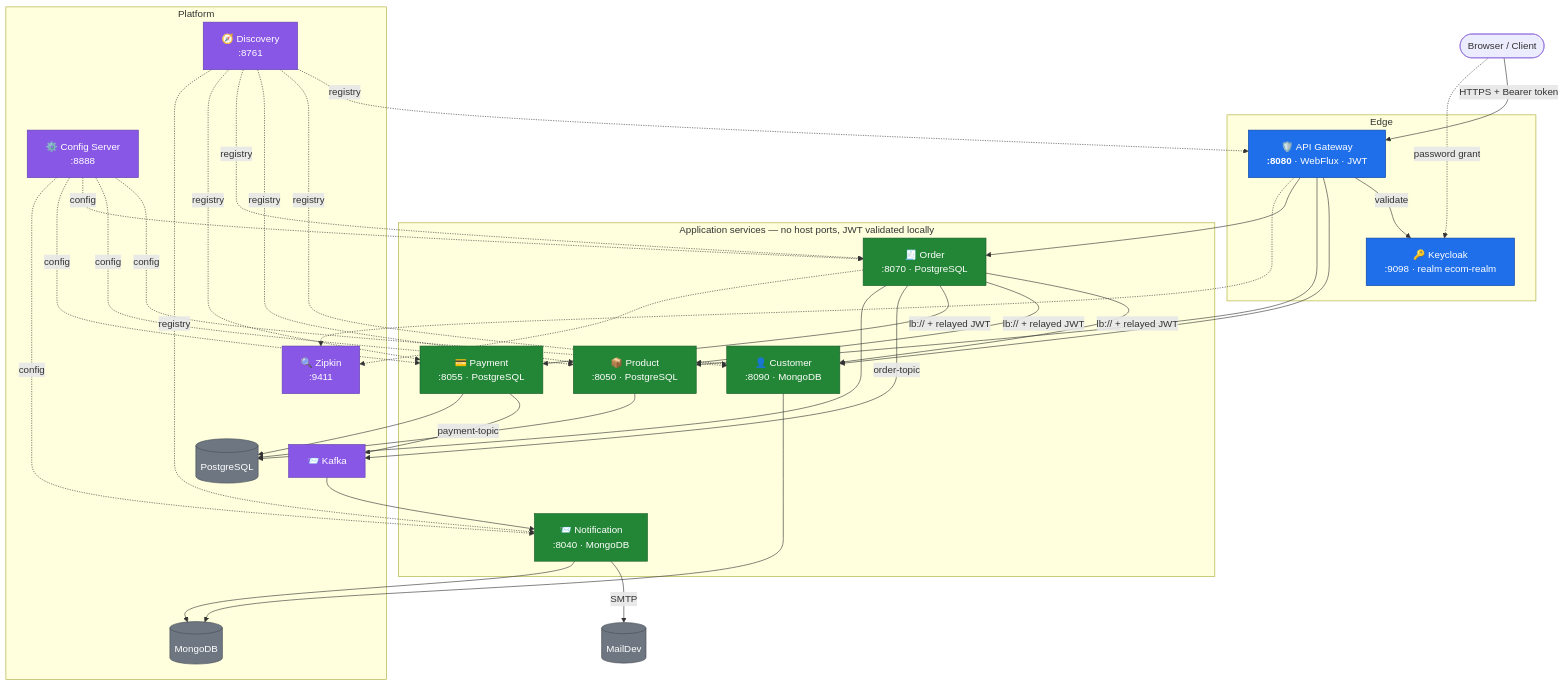
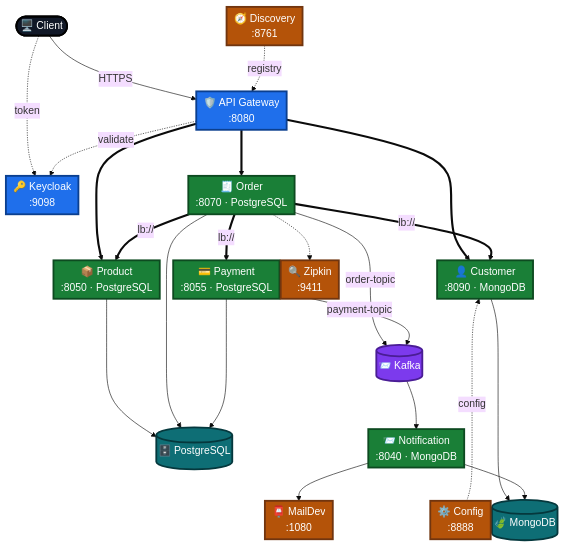
One commit to BOUALI-YOUNES/Ecommerce-microservices changed the first of 4 diagrams in README.md. Above: the diagram before and after it, drawn with Mermaid. The commit also changed other lines of this file, not shown here.

````diff
--- a/README.md
+++ b/README.md
@@ -39,63 +39,59 @@
 ```mermaid
+%%{init: {"theme":"base","themeVariables":{"fontSize":"17px"},"flowchart":{"nodeSpacing":2,"rankSpacing":50,"padding":6,"curve":"basis"}}}%%
 graph TB
-    Client([Browser / Client])
+    CLIENT(["🖥️  Client"])
 
-    subgraph edge["Edge"]
-        GW["🛡️ API Gateway<br/><b>:8080</b> · WebFlux · JWT"]
-        KC["🔑 Keycloak<br/>:9098 · realm ecom-realm"]
-    end
+    GW["🛡️  API Gateway<br/>:8080"]
+    KC["🔑  Keycloak<br/>:9098"]
 
-    subgraph app["Application services — no host ports, JWT validated locally"]
-        CU["👤 Customer<br/>:8090 · MongoDB"]
-        PR["📦 Product<br/>:8050 · PostgreSQL"]
-        OR["🧾 Order<br/>:8070 · PostgreSQL"]
-        PAY["💳 Payment<br/>:8055 · PostgreSQL"]
-        NT["📨 Notification<br/>:8040 · MongoDB"]
-    end
+    CU["👤  Customer<br/>:8090 · MongoDB"]
+    PR["📦  Product<br/>:8050 · PostgreSQL"]
+    OR["🧾  Order<br/>:8070 · PostgreSQL"]
+    PAY["💳  Payment<br/>:8055 · PostgreSQL"]
+    NT["📨  Notification<br/>:8040 · MongoDB"]
 
-    subgraph infra["Platform"]
-        CFG["⚙️ Config Server<br/>:8888"]
-        EU["🧭 Discovery<br/>:8761"]
-        KFK["📨 Kafka"]
-        ZK[("PostgreSQL")]
-        MGO[("MongoDB")]
-        ZP["🔍 Zipkin<br/>:9411"]
-    end
+    KFK[("📨  Kafka")]
 
-    Client -->|"HTTPS + Bearer token"| GW
-    Client -.->|"password grant"| KC
-    GW -->|"validate"| KC
+    PG[("🗄️  PostgreSQL")]
+    MG[("🍃  MongoDB")]
 
-    GW --> CU
-    GW --> PR
-    GW --> OR
+    CFG["⚙️  Config<br/>:8888"]
+    EU["🧭  Discovery<br/>:8761"]
+    ZP["🔍  Zipkin<br/>:9411"]
+    MD["📮  MailDev<br/>:1080"]
 
-    OR -->|"lb:// + relayed JWT"| CU
-    OR -->|"lb:// + relayed JWT"| PR
-    OR -->|"lb:// + relayed JWT"| PAY
+    CLIENT -->|HTTPS| GW
+    CLIENT -.->|token| KC
+    GW -.->|validate| KC
 
-    OR -->|"order-topic"| KFK
-    PAY -->|"payment-topic"| KFK
+    GW ==> CU & PR & OR
+    OR ==>|lb://| CU & PR & PAY
+
+    OR -->|order-topic| KFK
+    PAY -->|payment-topic| KFK
     KFK --> NT
-    NT -->|"SMTP"| MD[("MailDev")]
 
-    CU --> MGO
-    NT --> MGO
-    PR --> ZK
-    OR --> ZK
-    PAY --> ZK
+    CU --> MG
+    NT --> MG
+    NT --> MD
+    PR & OR & PAY --> PG
 
-    CFG -.->|"config"| CU & PR & OR & PAY & NT
-    EU -.->|"registry"| GW & CU & PR & OR & PAY & NT
-    GW -.-> ZP
+    CFG -.->|config| CU
+    EU -.->|registry| GW
     OR -.-> ZP
 
-    classDef edge fill:#1f6feb,stroke:#0d419d,color:#fff
-    classDef app fill:#238636,stroke:#1a5e2a,color:#fff
-    classDef infra fill:#8957e5,stroke:#5f3fb0,color:#fff
-    classDef store fill:#6e7681,stroke:#484f58,color:#fff
+    classDef cli fill:#111827,stroke:#000000,color:#ffffff,stroke-width:3px
+    classDef edge fill:#1f6feb,stroke:#0b3f8f,color:#ffffff,stroke-width:3px
+    classDef app fill:#1a7f37,stroke:#0d4a20,color:#ffffff,stroke-width:3px
+    classDef bus fill:#7c3aed,stroke:#4a1d95,color:#ffffff,stroke-width:3px
+    classDef data fill:#0e6e75,stroke:#05383d,color:#ffffff,stroke-width:3px
+    classDef plat fill:#b45309,stroke:#71350f,color:#ffffff,stroke-width:3px
+    class CLIENT cli
     class GW,KC edge
     class CU,PR,OR,PAY,NT app
-    class CFG,EU,KFK,ZP infra
-    class ZK,MGO,MD store
+    class KFK bus
+    class PG,MG data
+    class CFG,EU,ZP,MD plat
+
+    GW ~~~ CU ~~~ KFK ~~~ PG ~~~ CFG
 ```
````
